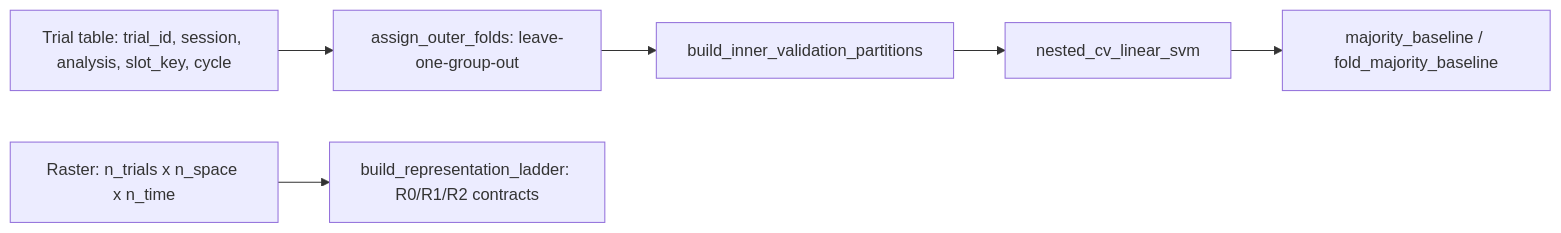
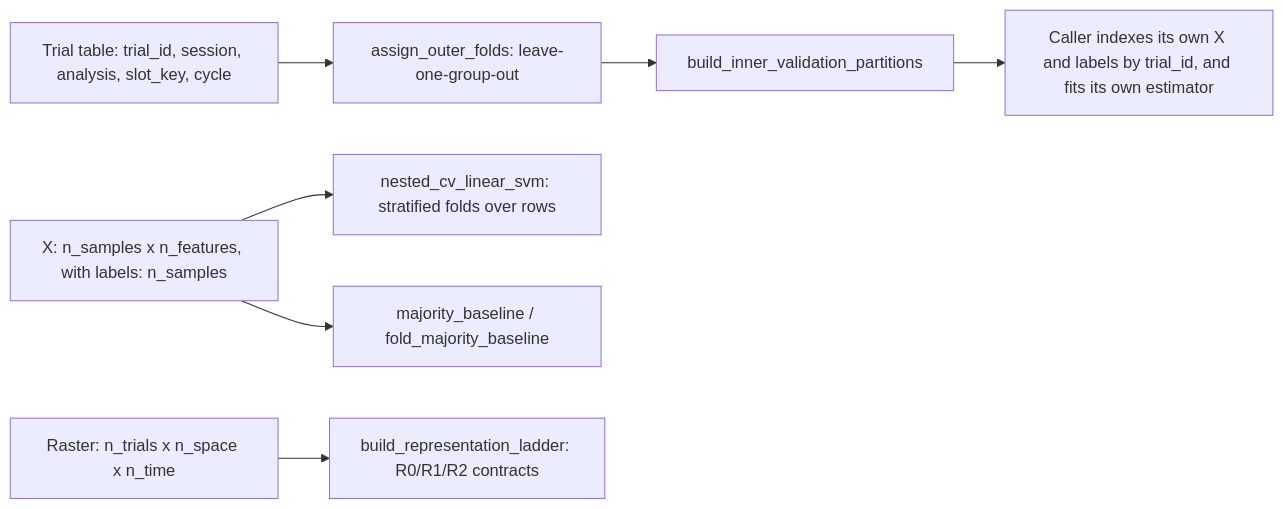
One commit to HNXJ/jnwb changed the diagram in docs/09_decoding_and_visual_qc.md. Above: the diagram before and after it, drawn with Mermaid. The commit also changed other lines of this file and 15 other files, not shown here.

````diff
--- a/docs/09_decoding_and_visual_qc.md
+++ b/docs/09_decoding_and_visual_qc.md
@@ -11,8 +11,9 @@
 ```mermaid
 graph LR
     Trials[Trial table: trial_id, session, analysis, slot_key, cycle] --> Outer[assign_outer_folds: leave-one-group-out]
     Outer --> Inner[build_inner_validation_partitions]
-    Inner --> Train[nested_cv_linear_svm]
-    Train --> Base[majority_baseline / fold_majority_baseline]
+    Inner --> Apply[Caller indexes its own X and labels by trial_id, and fits its own estimator]
+    Feats[X: n_samples x n_features, with labels: n_samples] --> Train[nested_cv_linear_svm: stratified folds over rows]
+    Feats --> Base[majority_baseline / fold_majority_baseline]
     Raster[Raster: n_trials x n_space x n_time] --> Ladder[build_representation_ladder: R0/R1/R2 contracts]
 ```
````
